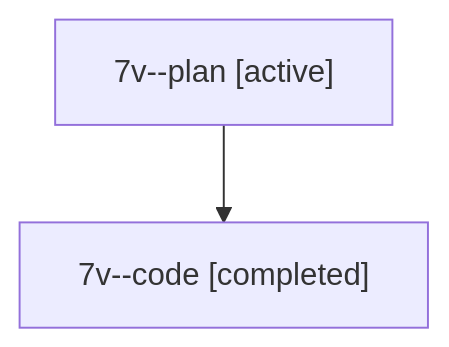
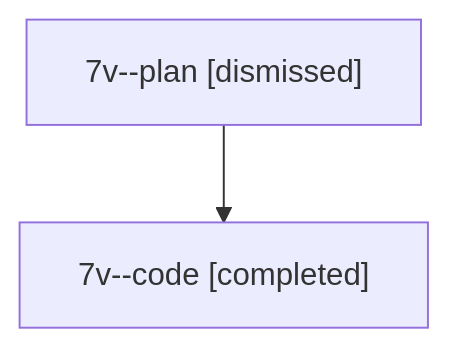
Before and after one commit to sase-org/sase--agents: the diagram in sessions/bbugyi200.athena.7v.md, drawn with Mermaid. The commit also changed other lines of this file and 18 other files, not shown here.

````diff
--- a/sessions/bbugyi200.athena.7v.md
+++ b/sessions/bbugyi200.athena.7v.md
@@ -9,6 +9,6 @@
 ```mermaid
 flowchart TD
-  n0["7v--plan [active]"]
+  n0["7v--plan [dismissed]"]
   n1["7v--code [completed]"]
   n0 --> n1
 ```
````
